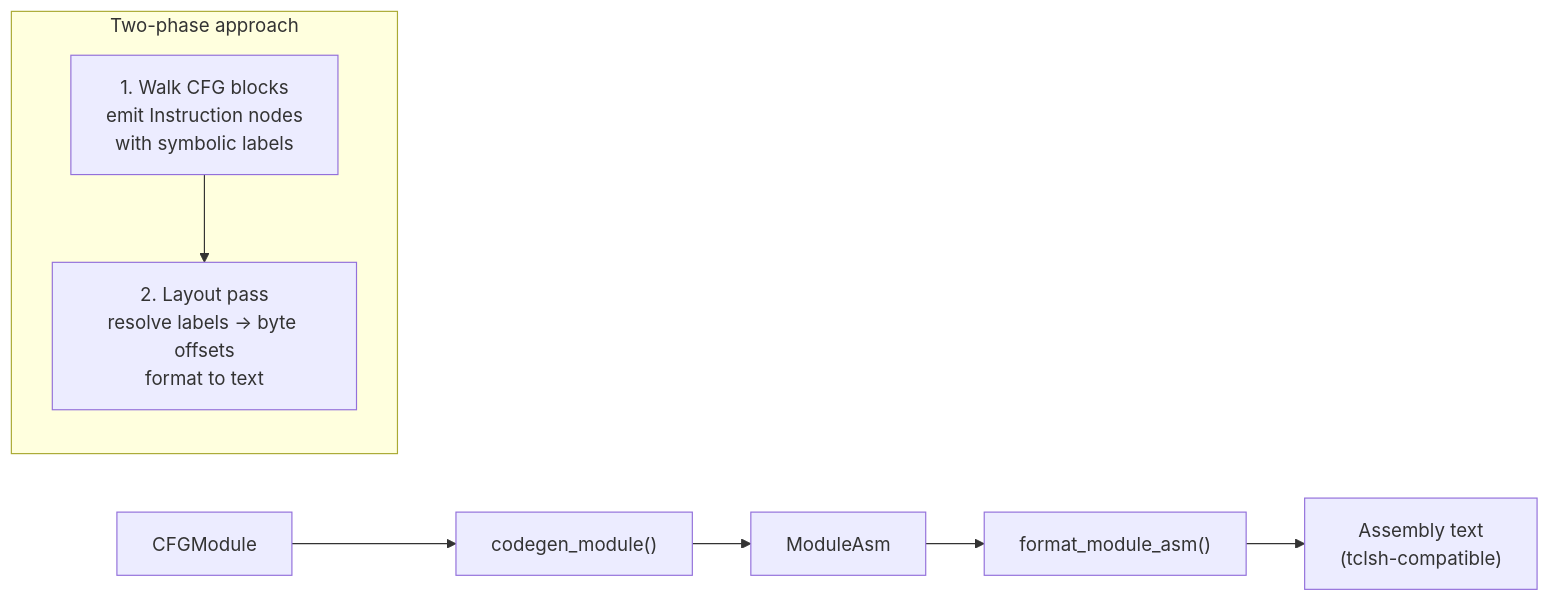
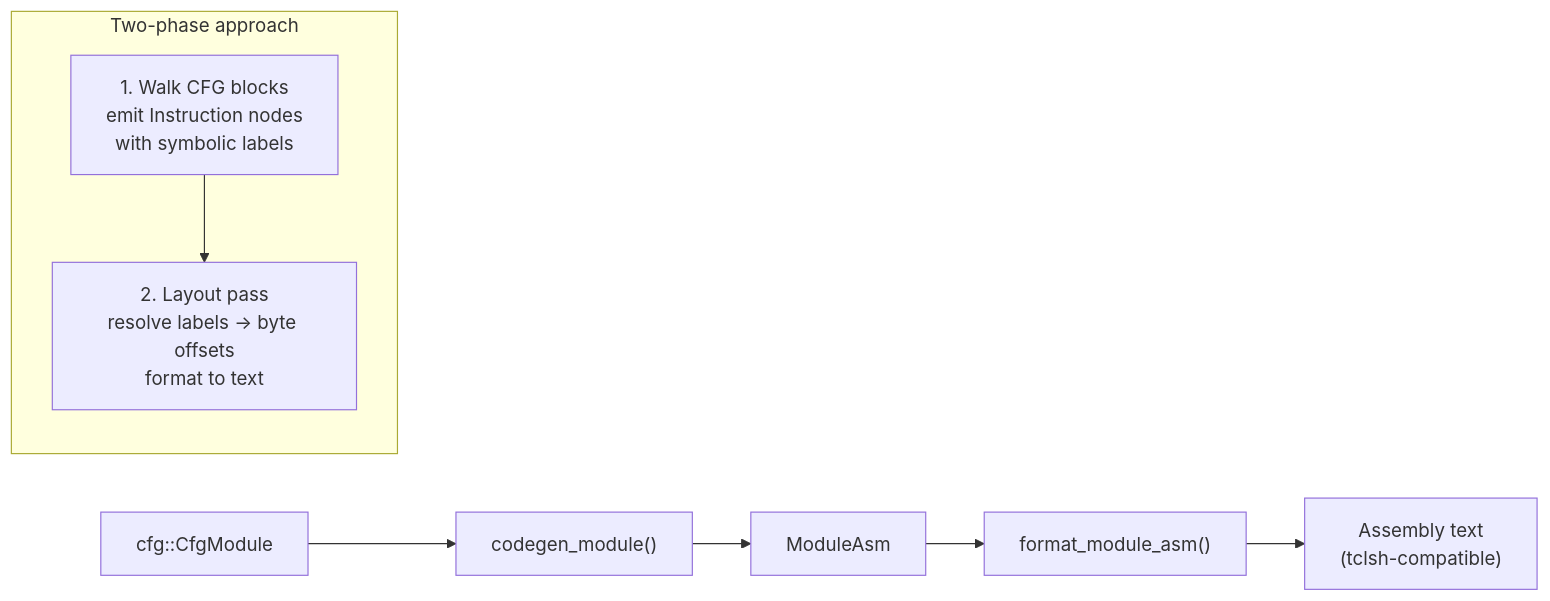
Before and after one commit to bitwisecook/tcl-lsp: diagram 18 of 20 in docs/design/compiler-architecture.md, drawn with Mermaid. The commit also changed other lines of this file and 5 other files, not shown here.

````diff
--- a/docs/design/compiler-architecture.md
+++ b/docs/design/compiler-architecture.md
@@ -652,15 +786,15 @@
 ```mermaid
 flowchart LR
-    CFG["CFGModule"] --> CG["codegen_module()"]
+    CFG["cfg::CfgModule"] --> CG["codegen_module()"]
     CG --> ASM["ModuleAsm"]
 
     subgraph "Two-phase approach"
         direction TB
         P1["1. Walk CFG blocks<br/>emit Instruction nodes<br/>with symbolic labels"]
         P2["2. Layout pass<br/>resolve labels → byte offsets<br/>format to text"]
         P1 --> P2
     end
 
     ASM --> FMT["format_module_asm()"]
     FMT --> TXT["Assembly text<br/>(tclsh-compatible)"]
 ```
````
